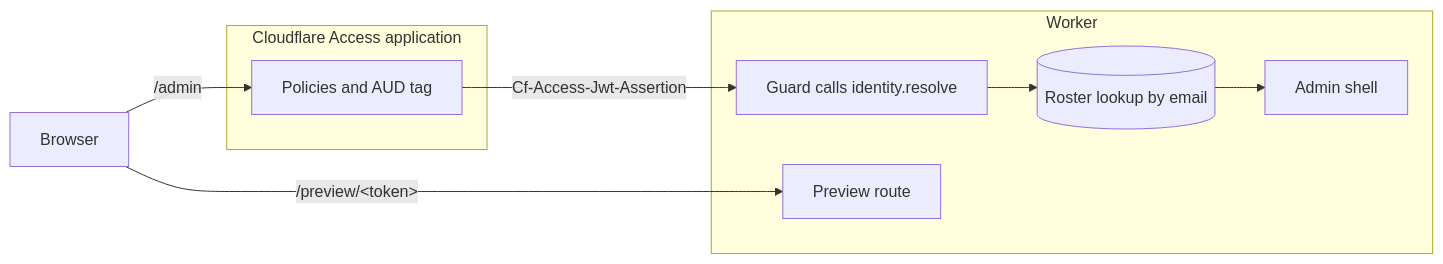
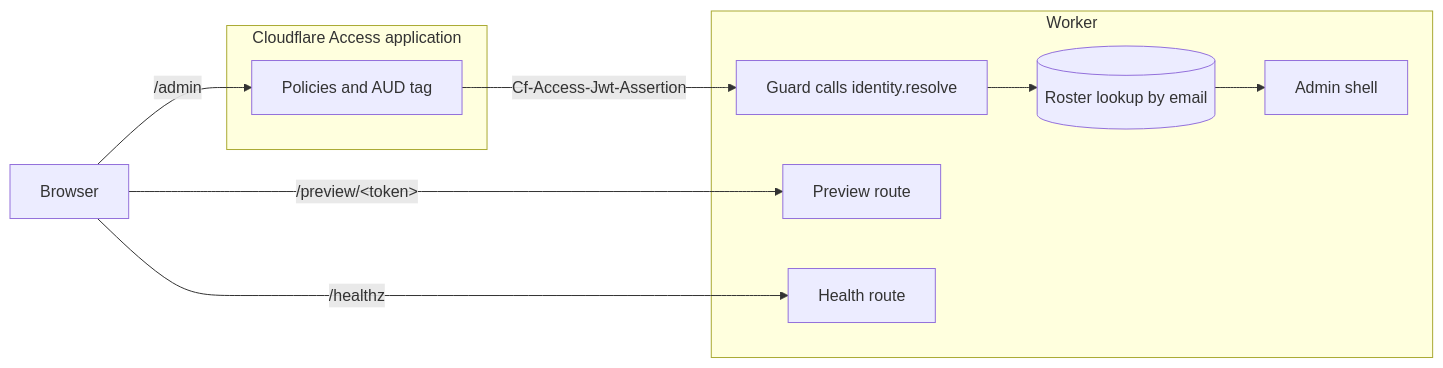
Before and after one commit to glw907/cairn-cms: the diagram in docs/extend/replace-magic-links-with-cloudflare-access.md, drawn with Mermaid. The commit also changed other lines of this file and 18 other files, not shown here.

````diff
--- a/docs/extend/replace-magic-links-with-cloudflare-access.md
+++ b/docs/extend/replace-magic-links-with-cloudflare-access.md
@@ -23,20 +34,22 @@
 ```mermaid
 flowchart LR
-  accTitle: Diagram of one admin request passing the Cloudflare Access application to the guard and roster, with preview outside it
-  accDescr: A browser request for the admin passes the Access application, whose policies admit it and whose token names the AUD tag. The Worker's guard calls identity.resolve to verify the token, then looks the returned email up in the roster and serves the admin shell. A preview request reaches the Worker without passing the application.
+  accTitle: Diagram of an admin request passing the Access application, the guard, and the roster, with preview and health requests outside the application
+  accDescr: An /admin request passes the Access application's policies before it reaches the Worker, where the guard admits it only when the proven email holds a roster row.
   browser[Browser]
   subgraph gate[Cloudflare Access application]
     policies[Policies and AUD tag]
   end
   subgraph worker[Worker]
     guard["Guard calls identity.resolve"]
     roster[("Roster lookup by email")]
     shell[Admin shell]
     preview["Preview route"]
+    health["Health route"]
   end
   browser -->|"/admin"| policies
   policies -->|"Cf-Access-Jwt-Assertion"| guard
   guard --> roster
   roster --> shell
   browser -->|"/preview/#lt;token#gt;"| preview
+  browser -->|"/healthz"| health
 ```
````
